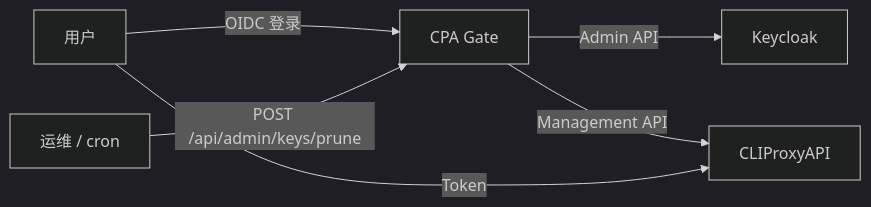
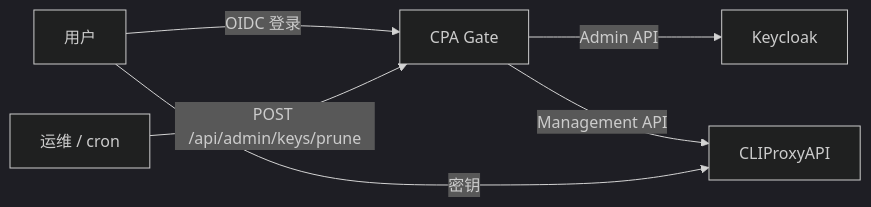
One commit to yanranxiaoxi/cpa-gate changed the diagram in README.zh-Hans.md. Above: the diagram before and after it, drawn with Mermaid (dark theme). The commit also changed other lines of this file and 12 other files, not shown here.

````diff
--- a/README.zh-Hans.md
+++ b/README.zh-Hans.md
@@ -25,8 +25,8 @@
 ```mermaid
 flowchart LR
     U[用户] -->|OIDC 登录| G[CPA Gate]
     G -->|Admin API| K[Keycloak]
     G -->|Management API| C[CLIProxyAPI]
-    U -->|Token| C
+    U -->|密钥| C
     O[运维 / cron] -->|POST /api/admin/keys/prune| G
 ```
````
